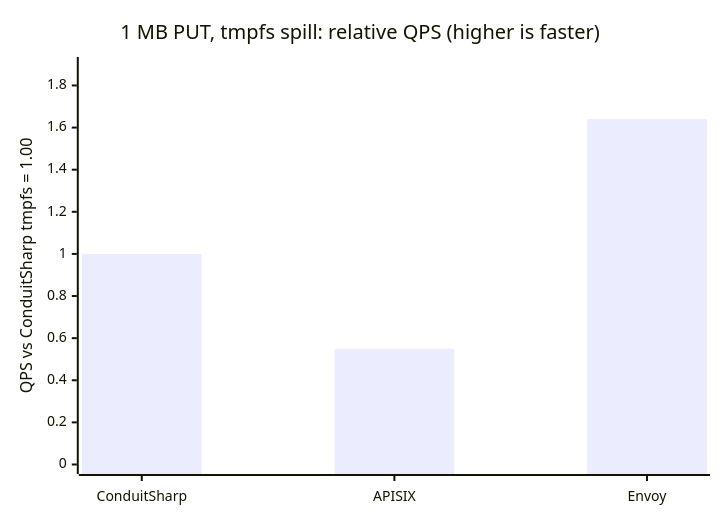
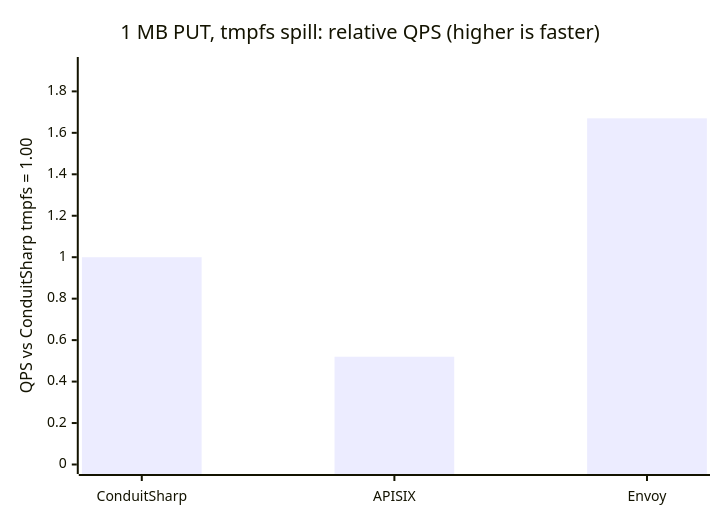
One commit to liqngliz/ConduitSharp changed the eighth of 9 diagrams in README.md. Above: the diagram before and after it, drawn with Mermaid. The commit also changed other lines of this file and 1 other file, not shown here.

````diff
--- a/README.md
+++ b/README.md
@@ -525,7 +525,7 @@
 ```mermaid
 xychart-beta
     title "1 MB PUT, tmpfs spill: relative QPS (higher is faster)"
     x-axis ["ConduitSharp", "APISIX", "Envoy"]
-    y-axis "QPS vs ConduitSharp tmpfs = 1.00" 0 --> 1.89
-    bar [1.00, 0.55, 1.64]
+    y-axis "QPS vs ConduitSharp tmpfs = 1.00" 0 --> 1.92
+    bar [1.00, 0.52, 1.67]
 ```
````
